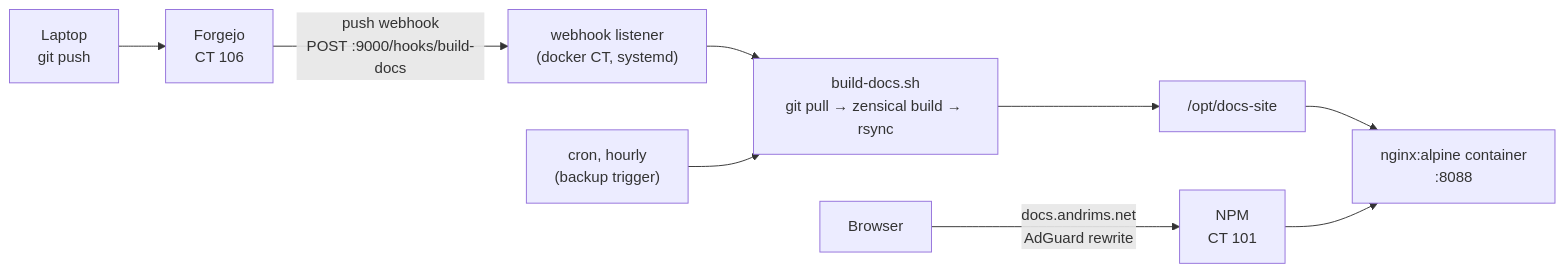
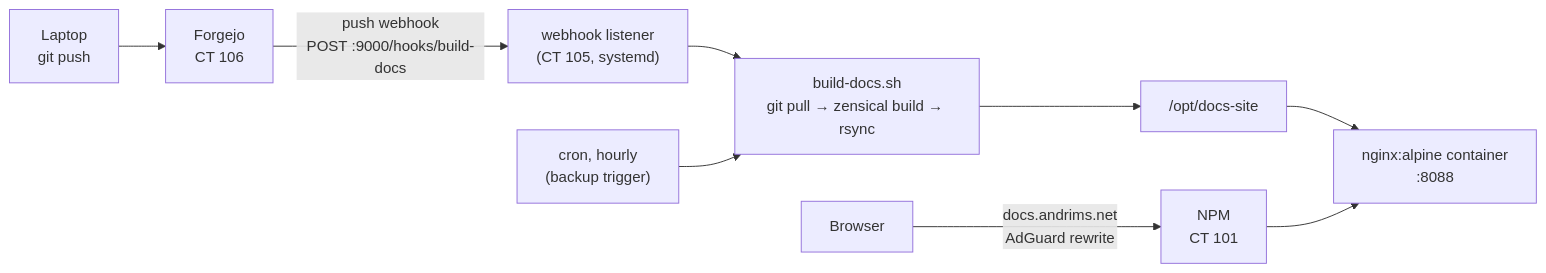
One commit to Aulteran/homelab-docs changed the diagram in docs/services/docs-site.md. Above: the diagram before and after it, drawn with Mermaid. The commit also changed other lines of this file and 17 other files, not shown here.

````diff
--- a/docs/services/docs-site.md
+++ b/docs/services/docs-site.md
@@ -17,10 +17,10 @@
 ```mermaid
 flowchart LR
     dev["Laptop<br/>git push"] --> fj["Forgejo<br/>CT 106"]
-    fj -->|"push webhook<br/>POST :9000/hooks/build-docs"| wh["webhook listener<br/>(docker CT, systemd)"]
+    fj -->|"push webhook<br/>POST :9000/hooks/build-docs"| wh["webhook listener<br/>(CT 105, systemd)"]
     wh --> build["build-docs.sh<br/>git pull → zensical build → rsync"]
     build --> files["/opt/docs-site"]
     files --> nginx["nginx:alpine container<br/>:8088"]
     cron["cron, hourly<br/>(backup trigger)"] --> build
     client["Browser"] -->|"docs.andrims.net<br/>AdGuard rewrite"| npm["NPM<br/>CT 101"] --> nginx
 ```
````
